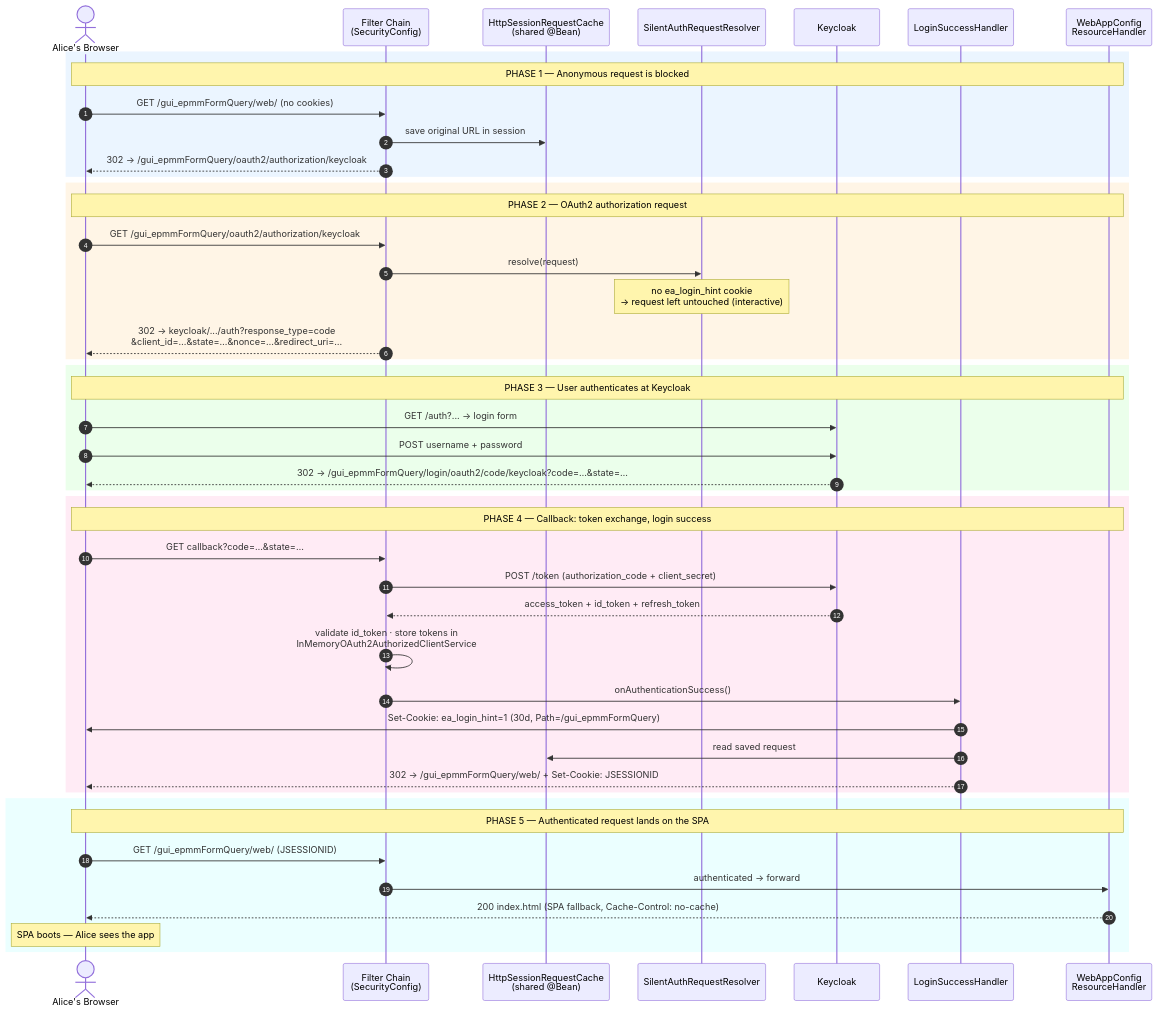
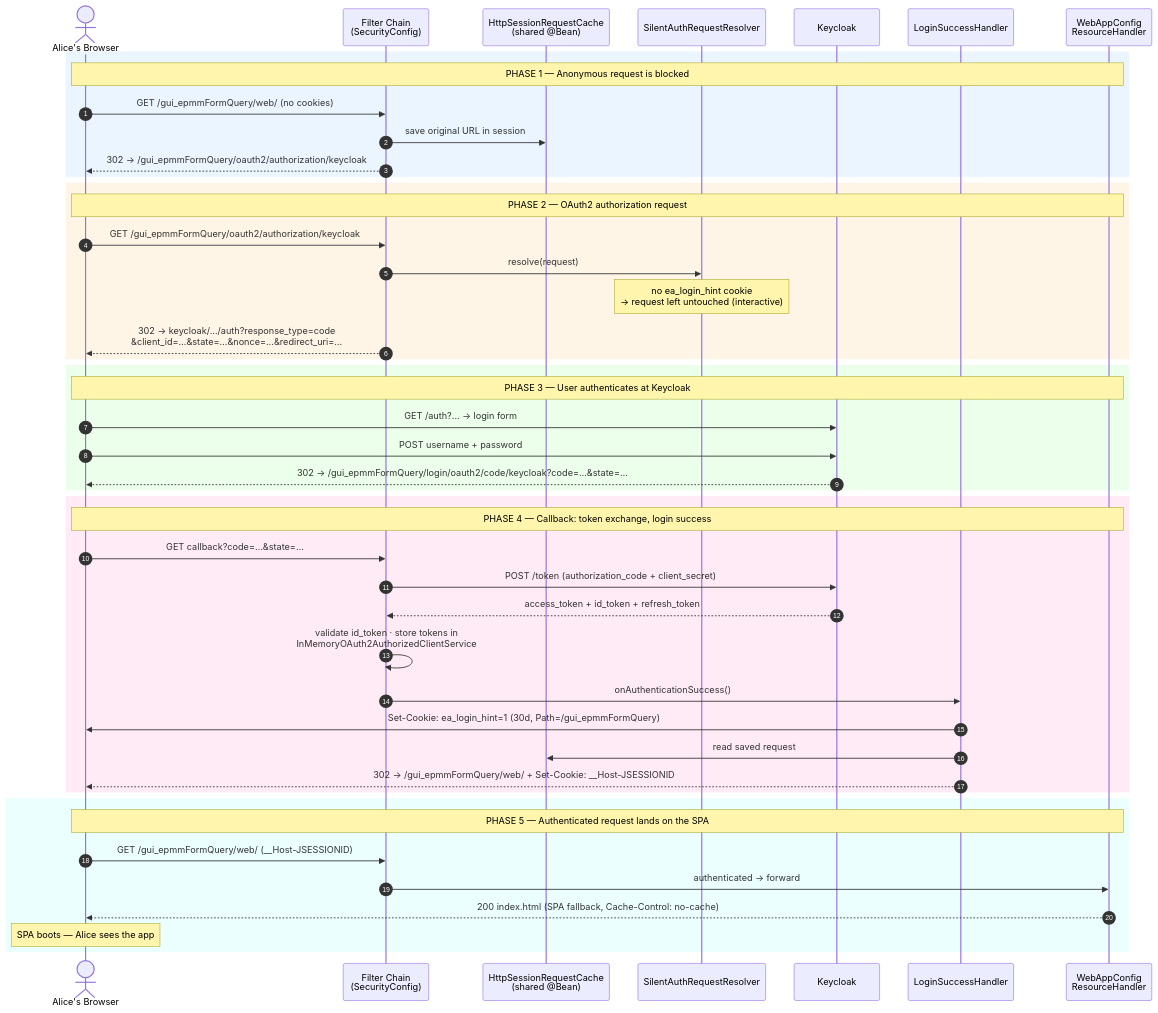
Before and after one commit to leodrew/spring_oauth2_backend: the third of 7 diagrams in docs/auth-workflow.md, drawn with Mermaid. The commit also changed other lines of this file and 12 other files, not shown here.

````diff
--- a/docs/auth-workflow.md
+++ b/docs/auth-workflow.md
@@ -185,53 +185,53 @@
 ```mermaid
 sequenceDiagram
     autonumber
     actor U as Alice's Browser
     participant FC as Filter Chain<br/>(SecurityConfig)
     participant RC as HttpSessionRequestCache<br/>(shared @Bean)
     participant SAR as SilentAuthRequestResolver
     participant K as Keycloak
     participant LSH as LoginSuccessHandler
     participant WAC as WebAppConfig<br/>ResourceHandler
 
     rect rgb(235, 245, 255)
     Note over U,WAC: PHASE 1 — Anonymous request is blocked
     U->>FC: GET /gui_epmmFormQuery/web/ (no cookies)
     FC->>RC: save original URL in session
     FC-->>U: 302 → /gui_epmmFormQuery/oauth2/authorization/keycloak
     end
 
     rect rgb(255, 245, 230)
     Note over U,WAC: PHASE 2 — OAuth2 authorization request
     U->>FC: GET /gui_epmmFormQuery/oauth2/authorization/keycloak
     FC->>SAR: resolve(request)
     Note over SAR: no ea_login_hint cookie<br/>→ request left untouched (interactive)
     FC-->>U: 302 → keycloak/.../auth?response_type=code<br/>&client_id=…&state=…&nonce=…&redirect_uri=…
     end
 
     rect rgb(235, 255, 235)
     Note over U,WAC: PHASE 3 — User authenticates at Keycloak
     U->>K: GET /auth?... → login form
     U->>K: POST username + password
     K-->>U: 302 → /gui_epmmFormQuery/login/oauth2/code/keycloak?code=…&state=…
     end
 
     rect rgb(255, 235, 245)
     Note over U,WAC: PHASE 4 — Callback: token exchange, login success
     U->>FC: GET callback?code=…&state=…
     FC->>K: POST /token (authorization_code + client_secret)
     K-->>FC: access_token + id_token + refresh_token
     FC->>FC: validate id_token · store tokens in<br/>InMemoryOAuth2AuthorizedClientService
     FC->>LSH: onAuthenticationSuccess()
     LSH->>U: Set-Cookie: ea_login_hint=1 (30d, Path=/gui_epmmFormQuery)
     LSH->>RC: read saved request
-    LSH-->>U: 302 → /gui_epmmFormQuery/web/ + Set-Cookie: JSESSIONID
+    LSH-->>U: 302 → /gui_epmmFormQuery/web/ + Set-Cookie: __Host-JSESSIONID
     end
 
     rect rgb(235, 255, 255)
     Note over U,WAC: PHASE 5 — Authenticated request lands on the SPA
-    U->>FC: GET /gui_epmmFormQuery/web/ (JSESSIONID)
+    U->>FC: GET /gui_epmmFormQuery/web/ (__Host-JSESSIONID)
     FC->>WAC: authenticated → forward
     WAC-->>U: 200 index.html (SPA fallback, Cache-Control: no-cache)
     Note over U: SPA boots — Alice sees the app
     end
 ```
````
